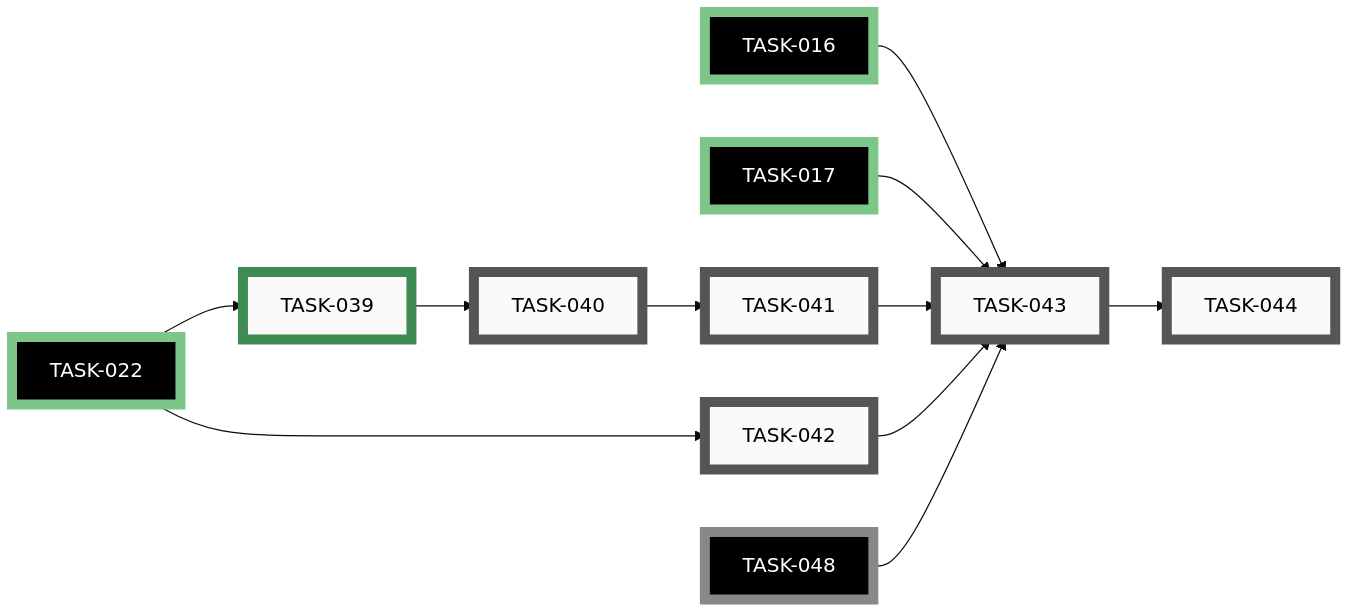
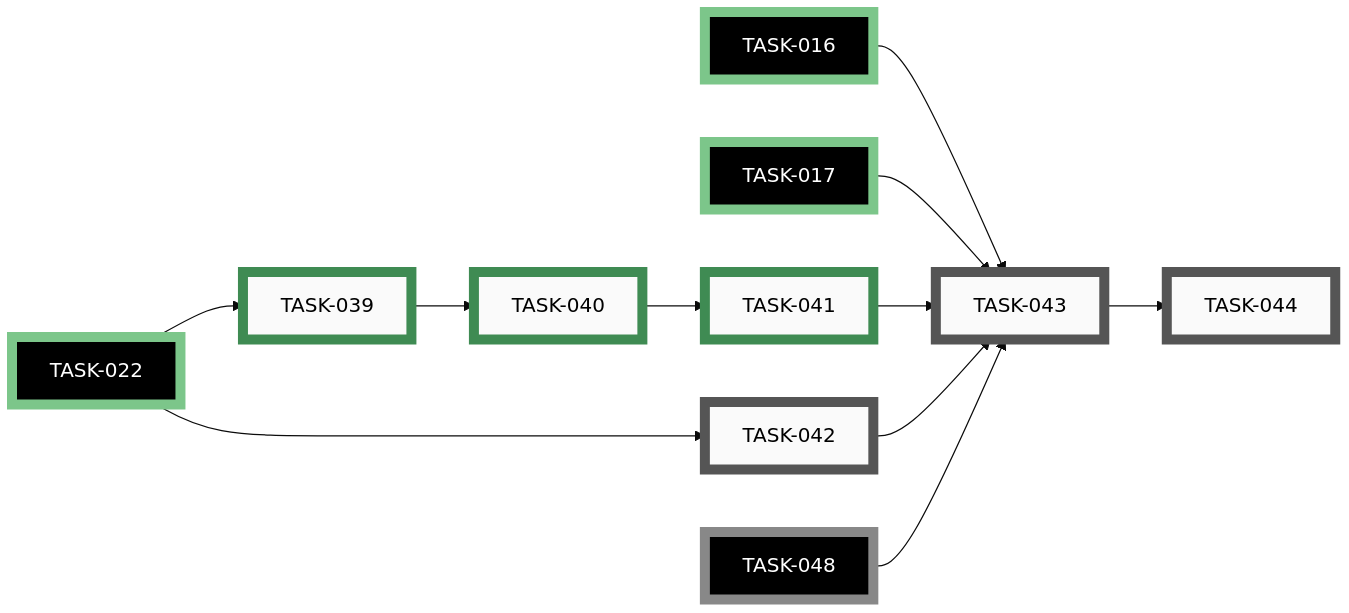
Before and after one commit to tgd1975/PartsLedger: the sixth of 9 diagrams in docs/developers/tasks/EPICS.md, drawn with Mermaid (base theme). The commit also changed other lines of this file and 11 other files, not shown here.

First line of the commit message:
recognition: embedding cache + banded classify (TASK-040, TASK-041)

````diff
--- a/docs/developers/tasks/EPICS.md
+++ b/docs/developers/tasks/EPICS.md
@@ -302,41 +302,41 @@
 ```mermaid
 graph LR
-    TASK_040["TASK-040"]:::open
-    TASK_041["TASK-041"]:::open
     TASK_042["TASK-042"]:::open
     TASK_043["TASK-043"]:::open
     TASK_044["TASK-044"]:::open
     TASK_039["TASK-039"]:::closed
+    TASK_040["TASK-040"]:::closed
+    TASK_041["TASK-041"]:::closed
     TASK_016["TASK-016"]:::closedExt
     TASK_017["TASK-017"]:::closedExt
     TASK_022["TASK-022"]:::closedExt
     TASK_048["TASK-048"]:::openExt
-    TASK_039 --> TASK_040
-    TASK_040 --> TASK_041
     TASK_022 --> TASK_042
     TASK_016 --> TASK_043
     TASK_017 --> TASK_043
     TASK_041 --> TASK_043
     TASK_042 --> TASK_043
     TASK_048 --> TASK_043
     TASK_043 --> TASK_044
     TASK_022 --> TASK_039
-    click TASK_040 "open/task-040-recognition-cache-module.md"
-    click TASK_041 "open/task-041-cache-only-banded-recognition.md"
+    TASK_039 --> TASK_040
+    TASK_040 --> TASK_041
     click TASK_042 "open/task-042-vlm-adapter.md"
     click TASK_043 "open/task-043-recognition-pipeline-glue.md"
     click TASK_044 "open/task-044-undo-journal.md"
     click TASK_039 "closed/task-039-recognition-embed-module.md"
+    click TASK_040 "closed/task-040-recognition-cache-module.md"
+    click TASK_041 "closed/task-041-cache-only-banded-recognition.md"
     click TASK_016 "closed/task-016-inventory-writer-module.md"
     click TASK_017 "closed/task-017-inventory-lint-module.md"
     click TASK_022 "closed/task-022-adopt-src-layout.md"
     click TASK_048 "open/task-048-enrichment-orchestrator.md"
     classDef open    fill:#FAFAFA,stroke:#555,stroke-width:8px,color:#000
     classDef active  fill:#FAFAFA,stroke:#1A6FA8,stroke-width:8px,color:#000
     classDef closed  fill:#FAFAFA,stroke:#3F8B53,stroke-width:8px,color:#000
     classDef paused  fill:#FAFAFA,stroke:#B07810,stroke-width:8px,color:#000
     classDef openExt    fill:#000,stroke:#888,stroke-width:8px,color:#FFF
     classDef activeExt  fill:#000,stroke:#3FA9F5,stroke-width:8px,color:#FFF
     classDef closedExt  fill:#000,stroke:#7CC68A,stroke-width:8px,color:#FFF
     classDef pausedExt  fill:#000,stroke:#F0B030,stroke-width:8px,color:#FFF
 ```
````
